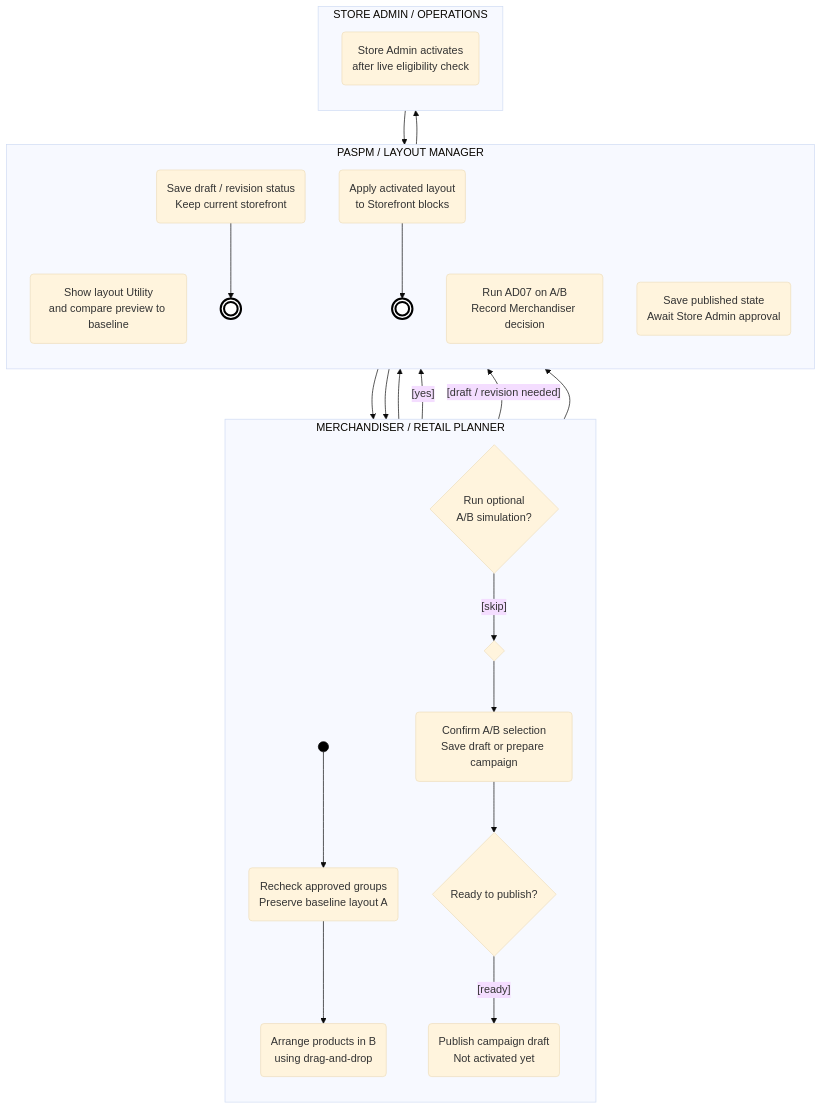
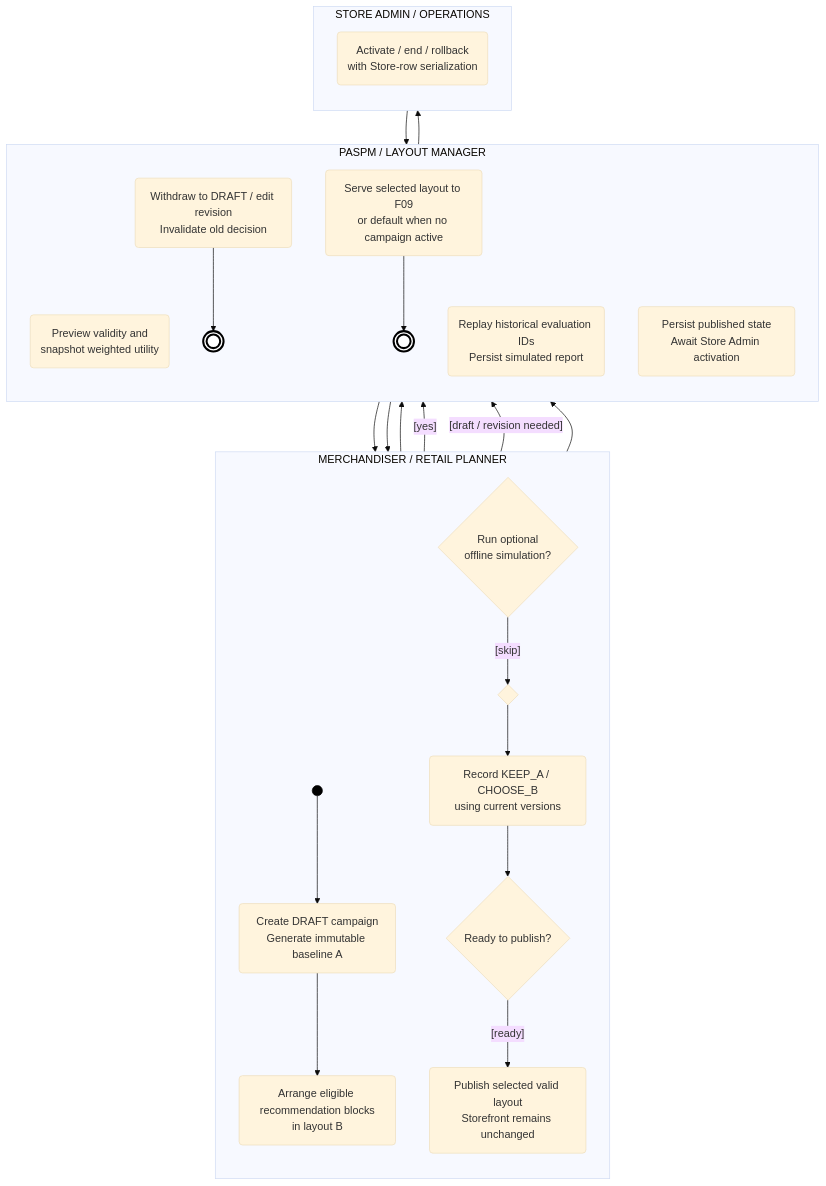
Before and after one commit to PhanHoangDuy61/CP_FA26_PASPM_BE: the diagram in docs/diagrams/mermaid/activity-ad06-layout-campaign-management.mmd, drawn with Mermaid (base theme). The commit also changed 22 other files, not shown here.

Commit message:
feat(f07-f08): add layout and campaign workflow

```diff
--- a/docs/diagrams/mermaid/activity-ad06-layout-campaign-management.mmd
+++ b/docs/diagrams/mermaid/activity-ad06-layout-campaign-management.mmd
@@ -1,46 +1,46 @@
 flowchart TB
   subgraph lane0["MERCHANDISER / RETAIL PLANNER"]
     direction TB
     n01(( ))
-    n02("Recheck approved groups<br/>Preserve baseline layout A")
-    n03("Arrange products in B<br/>using drag-and-drop")
-    n04{"Run optional<br/>A/B simulation?"}
+    n02("Create DRAFT campaign<br/>Generate immutable baseline A")
+    n03("Arrange eligible recommendation blocks<br/>in layout B")
+    n04{"Run optional<br/>offline simulation?"}
     n05{" "}
-    n06("Confirm A/B selection<br/>Save draft or prepare campaign")
+    n06("Record KEEP_A / CHOOSE_B<br/>using current versions")
     n07{"Ready to publish?"}
-    n08("Publish campaign draft<br/>Not activated yet")
+    n08("Publish selected valid layout<br/>Storefront remains unchanged")
   end
   subgraph lane1["PASPM / LAYOUT MANAGER"]
     direction TB
-    n09("Show layout Utility<br/>and compare preview to baseline")
-    n10("Run AD07 on A/B<br/>Record Merchandiser decision")
-    n11("Save draft / revision status<br/>Keep current storefront")
+    n09("Preview validity and<br/>snapshot weighted utility")
+    n10("Replay historical evaluation IDs<br/>Persist simulated report")
+    n11("Withdraw to DRAFT / edit revision<br/>Invalidate old decision")
     n12((( )))
-    n13("Save published state<br/>Await Store Admin approval")
-    n14("Apply activated layout<br/>to Storefront blocks")
+    n13("Persist published state<br/>Await Store Admin activation")
+    n14("Serve selected layout to F09<br/>or default when no campaign active")
     n15((( )))
   end
   subgraph lane2["STORE ADMIN / OPERATIONS"]
     direction TB
-    n16("Store Admin activates<br/>after live eligibility check")
+    n16("Activate / end / rollback<br/>with Store-row serialization")
   end
   n01 --> n02
   n02 --> n03
   n03 --> n09
   n09 --> n04
   n04 -->|"[yes]"| n10
   n04 -->|"[skip]"| n05
   n10 --> n05
   n05 --> n06
   n06 --> n07
   n07 -->|"[draft / revision needed]"| n11
   n11 --> n12
   n07 -->|"[ready]"| n08
   n08 --> n13
   n13 --> n16
   n16 --> n14
   n14 --> n15
   classDef startNode fill:#000,stroke:#000;
   classDef endNode fill:#fff,stroke:#000,stroke-width:3px;
   class n01 startNode;
   class n12,n15 endNode;
```
